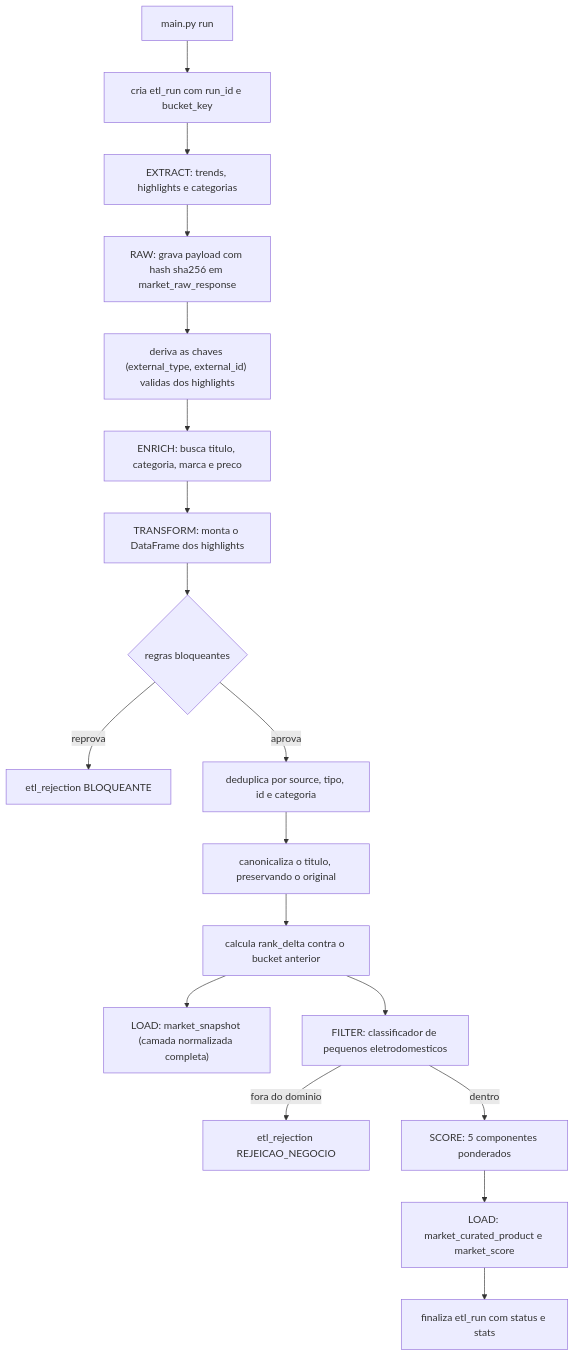
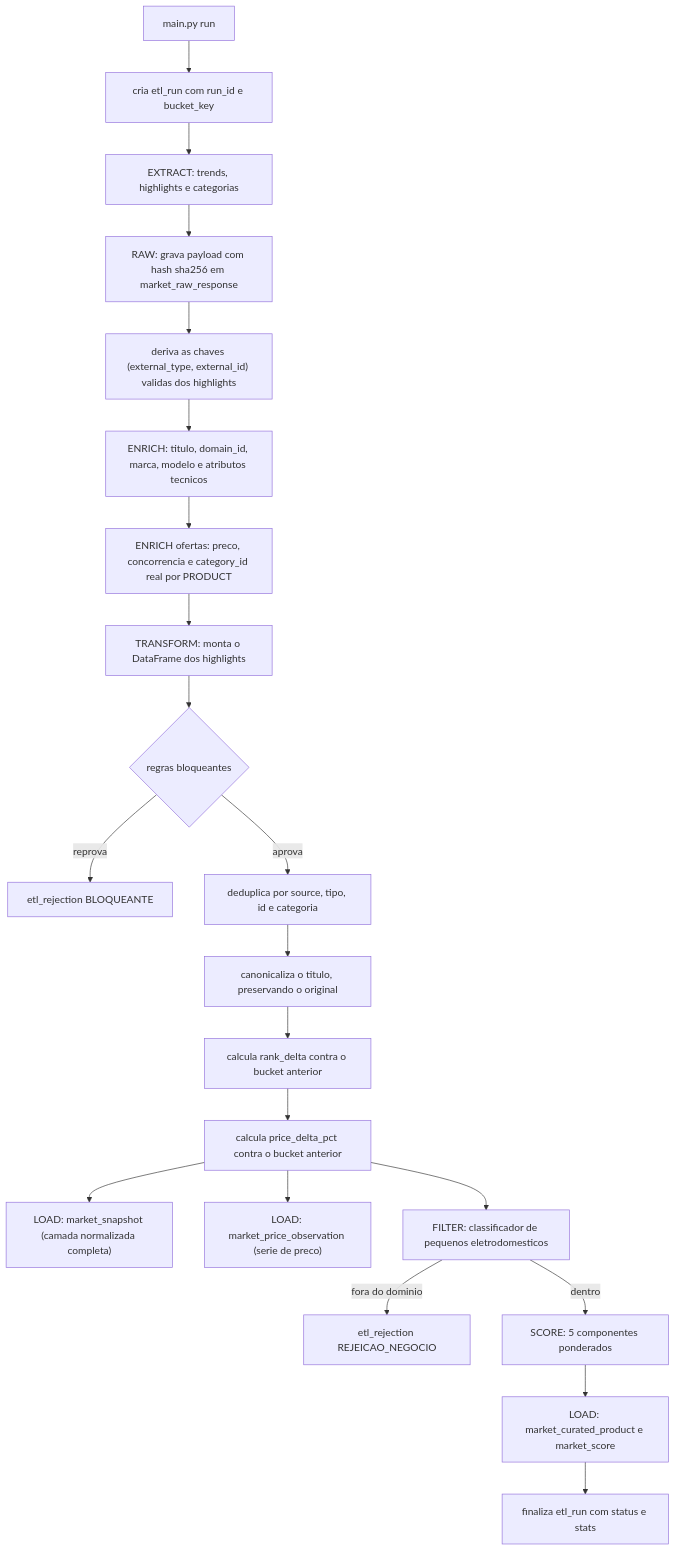
One commit to undercontroll-inc/etl changed the fourth of 12 diagrams in README.md. Above: the diagram before and after it, drawn with Mermaid. The commit also changed other lines of this file and 21 other files, not shown here.

````diff
--- a/README.md
+++ b/README.md
@@ -161,25 +193,28 @@
 ```mermaid
 flowchart TD
     Start["main.py run"] --> Run["cria etl_run com run_id e bucket_key"]
 
     Run --> Ex["EXTRACT: trends, highlights e categorias"]
     Ex --> RawSave["RAW: grava payload com hash sha256 em market_raw_response"]
 
     RawSave --> Keys["deriva as chaves (external_type, external_id) validas dos highlights"]
-    Keys --> En["ENRICH: busca titulo, categoria, marca e preco"]
+    Keys --> En["ENRICH: titulo, domain_id, marca, modelo e atributos tecnicos"]
+    En --> Off["ENRICH ofertas: preco, concorrencia e category_id real por PRODUCT"]
 
-    En --> Parse["TRANSFORM: monta o DataFrame dos highlights"]
+    Off --> Parse["TRANSFORM: monta o DataFrame dos highlights"]
     Parse --> Valid{"regras bloqueantes"}
     Valid -->|reprova| RejBlock["etl_rejection BLOQUEANTE"]
     Valid -->|aprova| Dedup["deduplica por source, tipo, id e categoria"]
     Dedup --> Canon["canonicaliza o titulo, preservando o original"]
     Canon --> Traj["calcula rank_delta contra o bucket anterior"]
+    Traj --> Delta["calcula price_delta_pct contra o bucket anterior"]
 
-    Traj --> Snap["LOAD: market_snapshot (camada normalizada completa)"]
-    Traj --> Filt["FILTER: classificador de pequenos eletrodomesticos"]
+    Delta --> Snap["LOAD: market_snapshot (camada normalizada completa)"]
+    Delta --> Price["LOAD: market_price_observation (serie de preco)"]
+    Delta --> Filt["FILTER: classificador de pequenos eletrodomesticos"]
     Filt -->|fora do dominio| RejBiz["etl_rejection REJEICAO_NEGOCIO"]
     Filt -->|dentro| Sc["SCORE: 5 componentes ponderados"]
 
     Sc --> Curated["LOAD: market_curated_product e market_score"]
     Curated --> Finish["finaliza etl_run com status e stats"]
 ```
````
